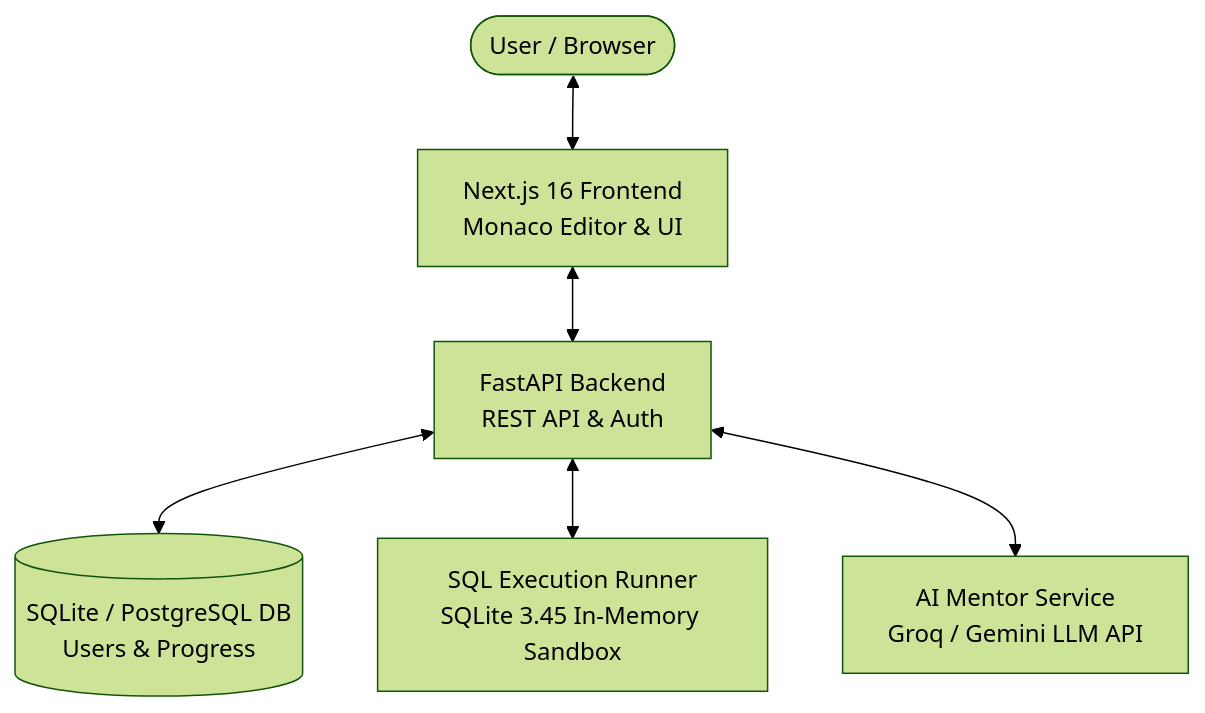
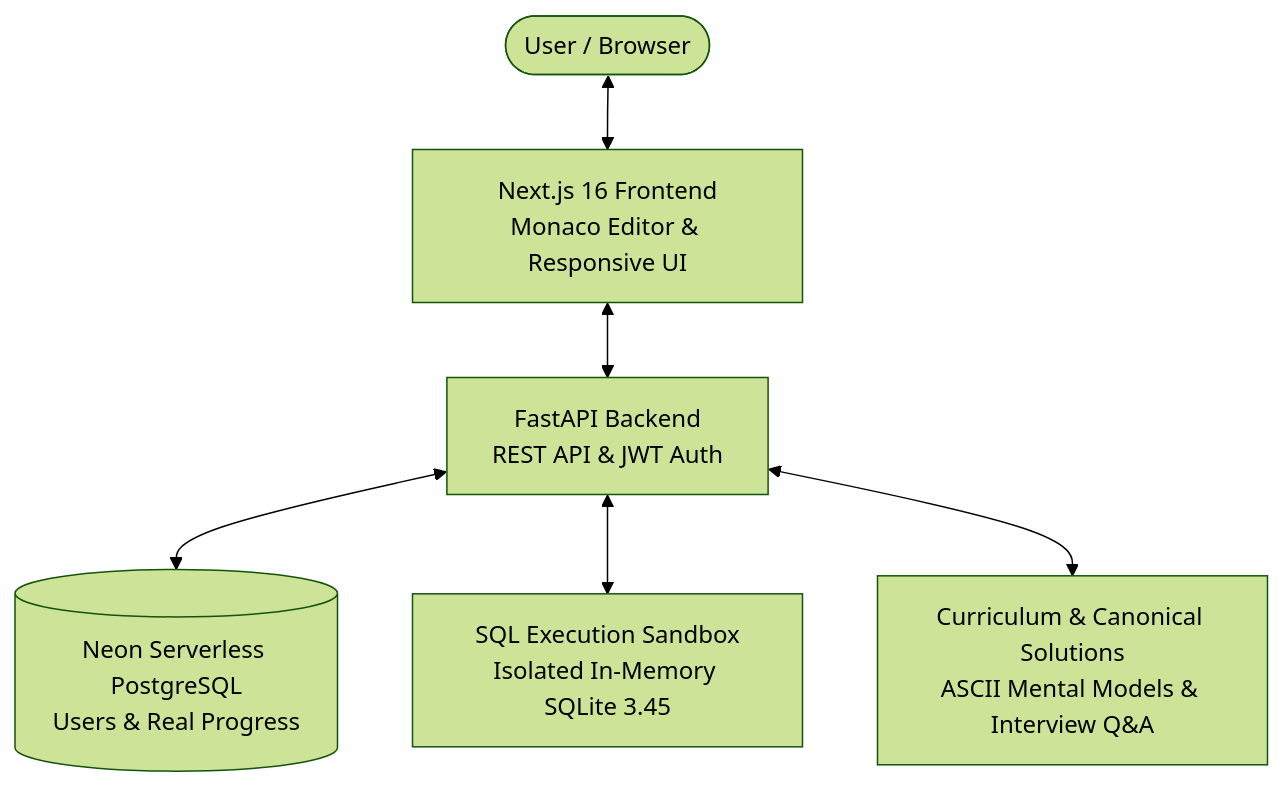
The diagram in README.md (Spidey173/SQ), drawn with Mermaid (forest theme) before and after one commit. The commit also changed other lines of this file, not shown here.

Commit message:
docs: add live hosted deployment links and updated architecture to README

````diff
--- a/README.md
+++ b/README.md
@@ -26,8 +57,8 @@
 ```mermaid
 flowchart TD
-    User([User / Browser]) <--> Frontend[Next.js 16 Frontend\nMonaco Editor & UI]
-    Frontend <--> API[FastAPI Backend\nREST API & Auth]
-    API <--> DB[(SQLite / PostgreSQL DB\nUsers & Progress)]
-    API <--> Runner[SQL Execution Runner\nSQLite 3.45 In-Memory Sandbox]
-    API <--> AI[AI Mentor Service\nGroq / Gemini LLM API]
+    User([User / Browser]) <--> Frontend[Next.js 16 Frontend\nMonaco Editor & Responsive UI]
+    Frontend <--> API[FastAPI Backend\nREST API & JWT Auth]
+    API <--> DB[(Neon Serverless PostgreSQL\nUsers & Real Progress)]
+    API <--> Runner[SQL Execution Sandbox\nIsolated In-Memory SQLite 3.45]
+    API <--> Mentor[Curriculum & Canonical Solutions\nASCII Mental Models & Interview Q&A]
 ```
````
